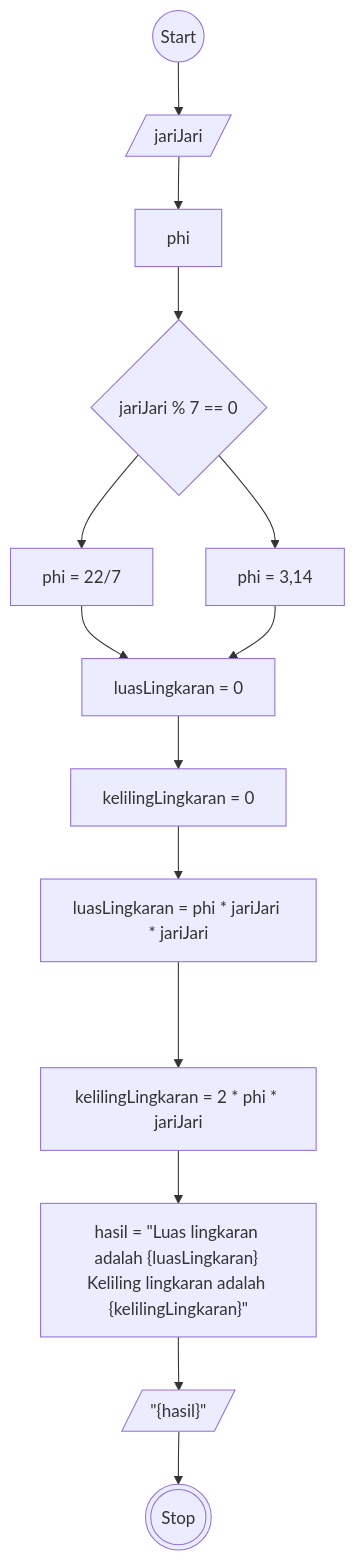
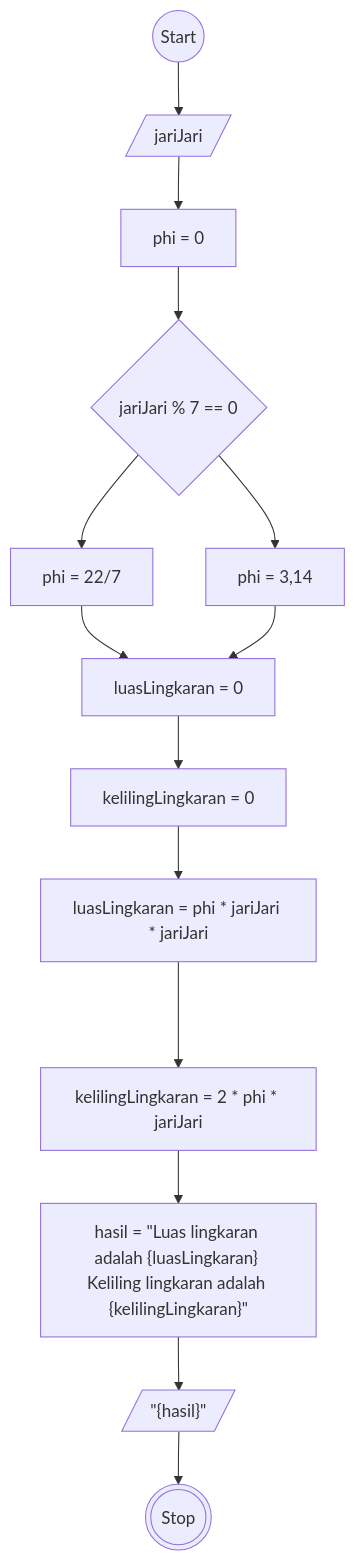
Before and after one commit to almarufh/Koda-B8-JavaScript1: the diagram in readme.md, drawn with Mermaid.

````diff
--- a/readme.md
+++ b/readme.md
@@ -5,22 +5,22 @@
 ```mermaid
 flowchart TD
 A@{ shape: circle, label: Start }
 B@{ shape: lean-r, label: jariJari}
-C@{ shape: rect, label: phi }
+C@{ shape: rect, label: phi = 0 }
 D@{ shape: rect, label: "luasLingkaran = 0" }
 E@{ shape: rect, label: "kelilingLingkaran = 0" }
 F@{ shape: rect, label: "luasLingkaran = phi * jariJari * jariJari" }
 G@{ shape: rect, label: "kelilingLingkaran = 2 * phi * jariJari" }
 H@{ shape: rect, label: 'hasil = "Luas lingkaran adalah {luasLingkaran} Keliling lingkaran adalah {kelilingLingkaran}"' }
 I@{ shape: lean-r, label: '"{hasil}"' }
 J@{ shape: dbl-circ, label: Stop }
 K@{ shape: diamond, label: "jariJari % 7 == 0" }
 L@{ shape: rect, label: "phi = 22/7"}
 M@{ shape: rect, label: "phi = 3,14"}
 
 A --> B --> C 
 C --> K --> L --> D
 K --> M
 M --> D --> E --> F ---> G --> H --> I --> J
 
 ```
````
